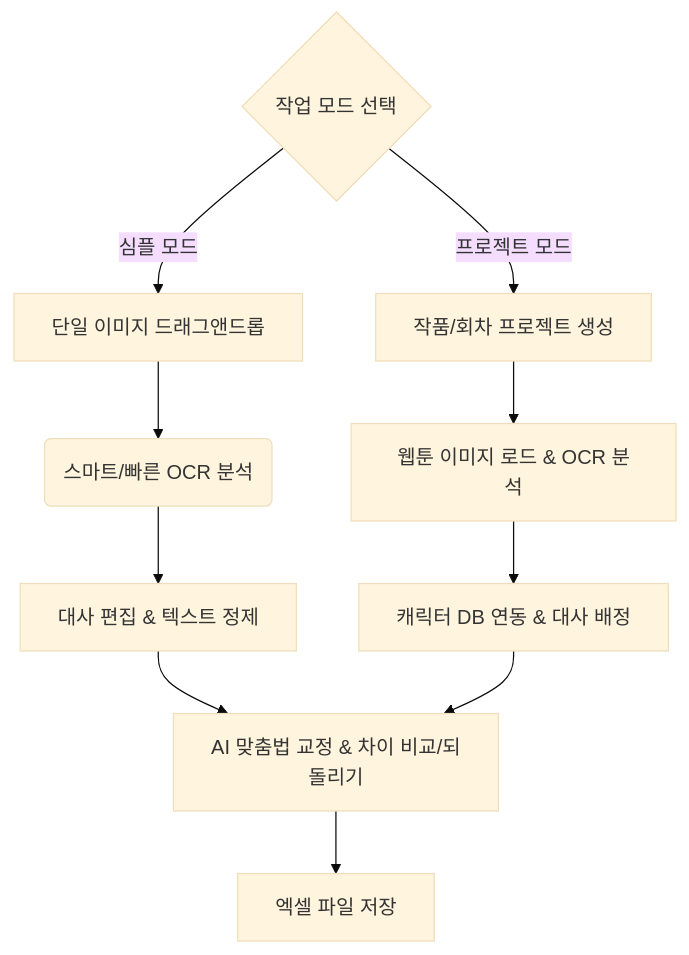
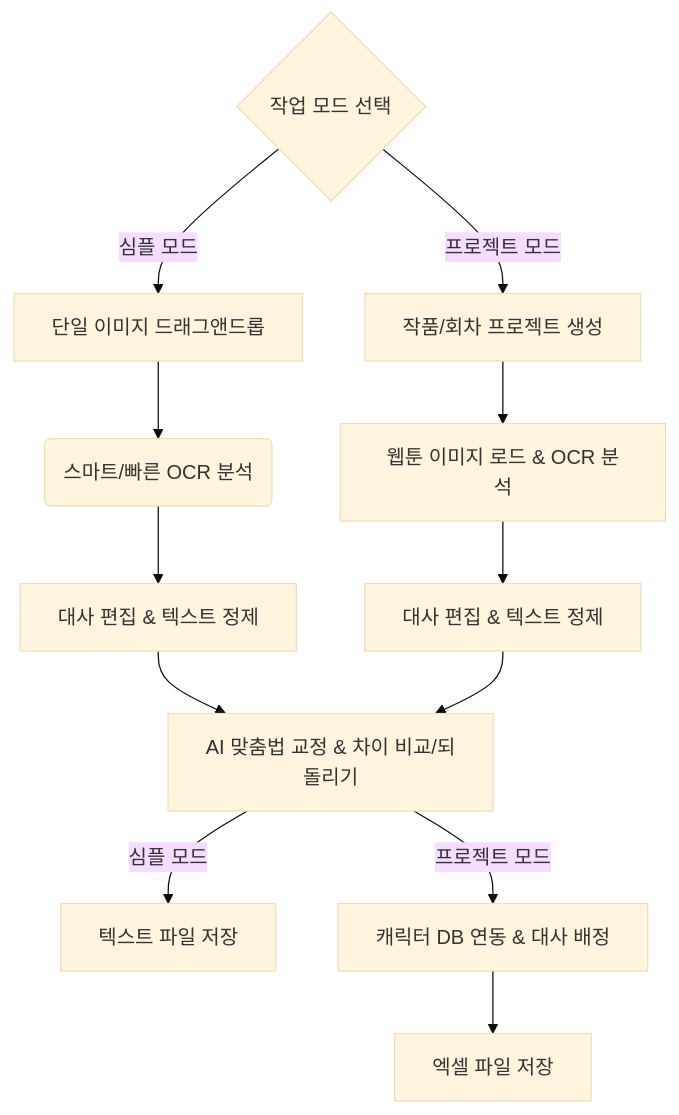
The diagram in README.md (woo2koon/Webtoon-Scripter), drawn with Mermaid (base theme) before and after one commit.

Commit message:
docs: correct workflow flowpaths

````diff
--- a/README.md
+++ b/README.md
@@ -102,15 +102,16 @@
 ```mermaid
 graph TD
     A{작업 모드 선택} -->|심플 모드| B[단일 이미지 드래그앤드롭]
     B --> C(스마트/빠른 OCR 분석)
     C --> D[대사 편집 & 텍스트 정제]
+    D --> H[AI 맞춤법 교정 & 차이 비교/되돌리기]
     
     A -->|프로젝트 모드| E[작품/회차 프로젝트 생성]
     E --> F[웹툰 이미지 로드 & OCR 분석]
-    F --> G[캐릭터 DB 연동 & 대사 배정]
-    
-    D --> H[AI 맞춤법 교정 & 차이 비교/되돌리기]
+    F --> G[대사 편집 & 텍스트 정제]
     G --> H
     
-    H --> I[엑셀 파일 저장]
+    H -->|심플 모드| I[텍스트 파일 저장]
+    H -->|프로젝트 모드| J[캐릭터 DB 연동 & 대사 배정]
+    J --> K[엑셀 파일 저장]
 ```
````
